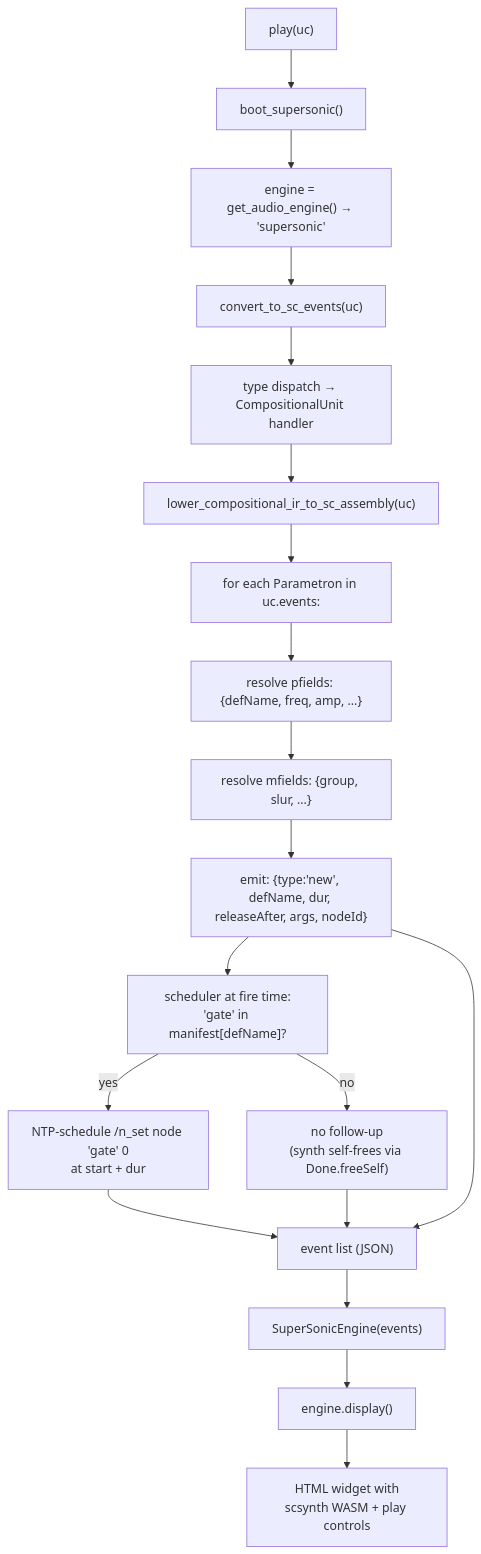
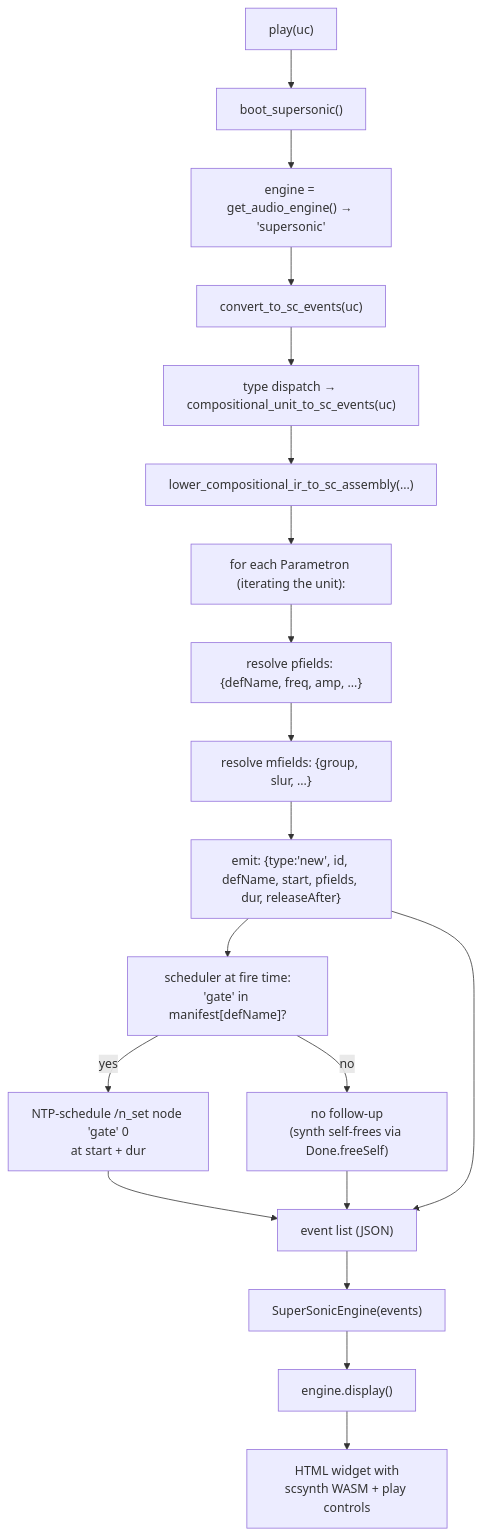
The seventh of 8 diagrams in docs/architecture/10_WALKTHROUGH.md (kr4g/Klotho), drawn with Mermaid before and after one commit. The commit also changed other lines of this file and 13 other files, not shown here.

First line of the commit message:
Overhaul architecture docs for Klotho 10.x API

````diff
--- a/docs/architecture/10_WALKTHROUGH.md
+++ b/docs/architecture/10_WALKTHROUGH.md
@@ -312,24 +319,24 @@
 ```mermaid
 flowchart TD
     A["play(uc)"] --> B["boot_supersonic()"]
     B --> C["engine = get_audio_engine() → 'supersonic'"]
     C --> D["convert_to_sc_events(uc)"]
 
-    D --> E["type dispatch → CompositionalUnit handler"]
-    E --> F["lower_compositional_ir_to_sc_assembly(uc)"]
+    D --> E["type dispatch → compositional_unit_to_sc_events(uc)"]
+    E --> F["lower_compositional_ir_to_sc_assembly(...)"]
 
-    F --> G["for each Parametron in uc.events:"]
+    F --> G["for each Parametron (iterating the unit):"]
     G --> H["resolve pfields: {defName, freq, amp, ...}"]
     H --> I["resolve mfields: {group, slur, ...}"]
-    I --> J["emit: {type:'new', defName, dur, releaseAfter, args, nodeId}"]
+    I --> J["emit: {type:'new', id, defName, start, pfields, dur, releaseAfter}"]
     J --> K["scheduler at fire time:<br/>'gate' in manifest[defName]?"]
     K -->|"yes"| L["NTP-schedule /n_set node 'gate' 0<br/>at start + dur"]
     K -->|"no"| M["no follow-up<br/>(synth self-frees via Done.freeSelf)"]
 
     L --> N0["event list (JSON)"]
     M --> N0
     J --> N0
     N0 --> N1["SuperSonicEngine(events)"]
     N1 --> O["engine.display()"]
     O --> P["HTML widget with<br/>scsynth WASM + play controls"]
 ```
````
